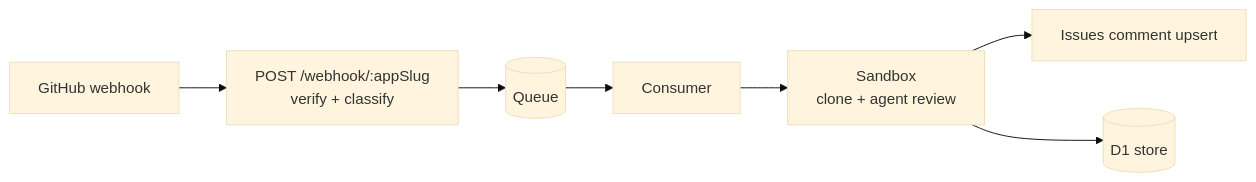
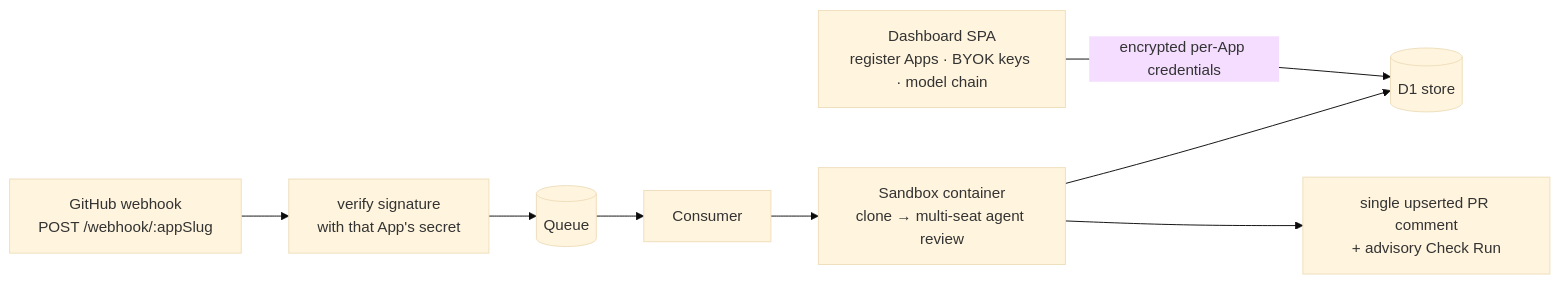
One commit to btspoony/mstar-inspector changed the diagram in README.md. Above: the diagram before and after it, drawn with Mermaid (base theme). The commit also changed other lines of this file, not shown here.

````diff
--- a/README.md
+++ b/README.md
@@ -32,9 +32,10 @@
 ```mermaid
 flowchart LR
-    GH["GitHub webhook"] --> WH["POST /webhook/:appSlug<br/>verify + classify"]
+    D["Dashboard SPA<br/>register Apps · BYOK keys · model chain"] -->|"encrypted per-App credentials"| DB[("D1 store")]
+    GH["GitHub webhook<br/>POST /webhook/:appSlug"] --> WH["verify signature<br/>with that App's secret"]
     WH --> Q[("Queue")]
     Q --> CO["Consumer"]
-    CO --> SB["Sandbox<br/>clone + agent review"]
-    SB --> CM["Issues comment upsert"]
-    SB --> DB[("D1 store")]
+    CO --> SB["Sandbox container<br/>clone → multi-seat agent review"]
+    SB --> CM["single upserted PR comment<br/>+ advisory Check Run"]
+    SB --> DB
 ```
````
